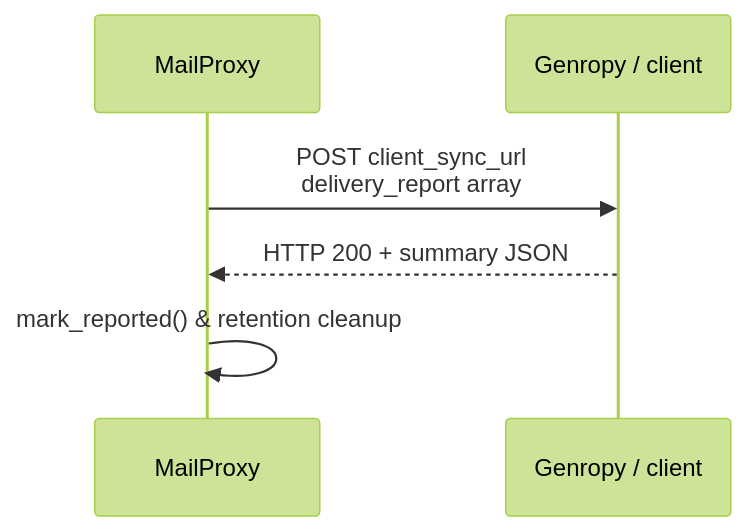
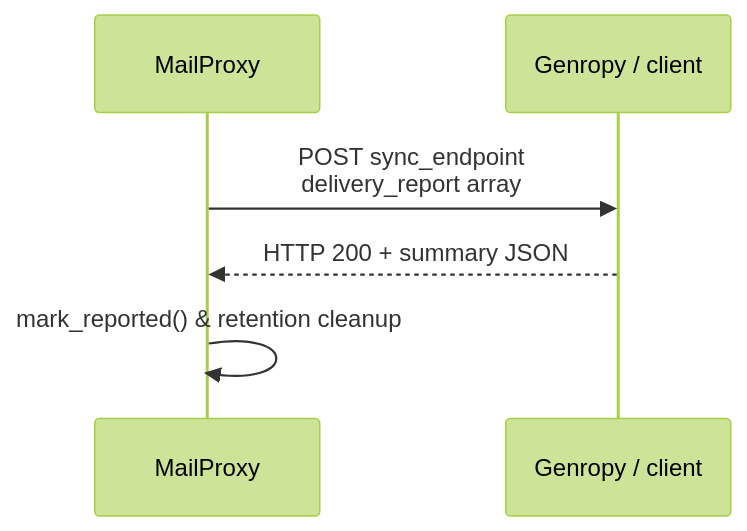
One commit to genropy/genro-mail-proxy changed the diagram in docs/protocol.rst. Above: the diagram before and after it, drawn with Mermaid (forest theme). The commit also changed other lines of this file and 3 other files, not shown here.

```diff
--- a/docs/protocol.rst
+++ b/docs/protocol.rst
@@ -227,10 +239,10 @@
 .. mermaid::
    :caption: proxy_sync HTTP exchange
 
    sequenceDiagram
      participant Core as MailProxy
      participant Upstream as Genropy / client
 
-     Core->>Upstream: POST client_sync_url<br/>delivery_report array
+     Core->>Upstream: POST sync_endpoint<br/>delivery_report array
      Upstream-->>Core: HTTP 200 + summary JSON
      Core->>Core: mark_reported() & retention cleanup
```
